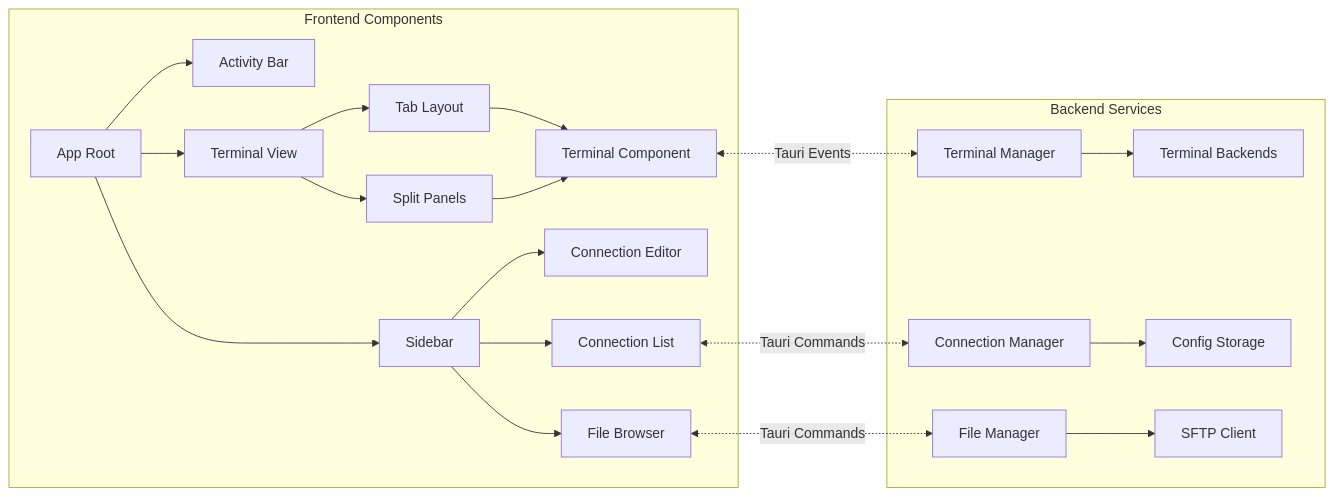
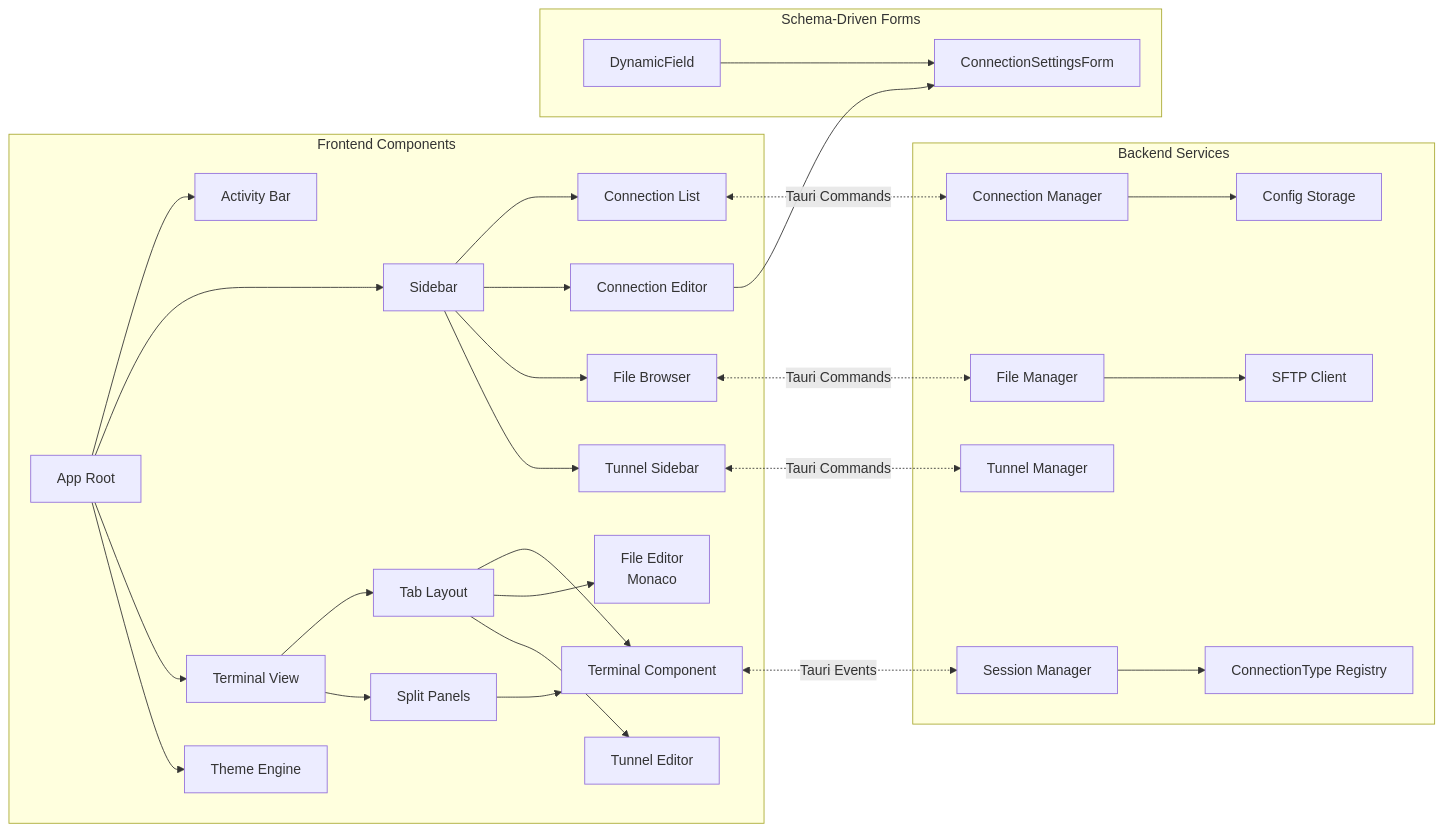
One commit to armaxri/termiHub changed the fourth of 23 diagrams in docs/architecture.md. Above: the diagram before and after it, drawn with Mermaid. The commit also changed other lines of this file and 1 other file, not shown here.

First line of the commit message:
docs: update architecture.md and README.md for recent major changes

````diff
--- a/docs/architecture.md
+++ b/docs/architecture.md
@@ -241,37 +263,50 @@
 ```mermaid
 graph LR
     subgraph "Frontend Components"
         APP[App Root]
         AB[Activity Bar]
         SB[Sidebar]
         TV[Terminal View]
 
         APP --> AB
         APP --> SB
         APP --> TV
+        APP --> THEME[Theme Engine]
 
         SB --> CL[Connection List]
         SB --> CE[Connection Editor]
         SB --> FB[File Browser]
+        SB --> TS[Tunnel Sidebar]
 
         TV --> TL[Tab Layout]
         TV --> SP[Split Panels]
 
         TL --> TERM[Terminal Component]
+        TL --> FE[File Editor<br/>Monaco]
+        TL --> TE[Tunnel Editor]
         SP --> TERM
     end
 
+    subgraph "Schema-Driven Forms"
+        DF[DynamicField]
+        CSF[ConnectionSettingsForm]
+        DF --> CSF
+    end
+
     subgraph "Backend Services"
-        TM[Terminal Manager]
+        SM[Session Manager]
         CM[Connection Manager]
         FM[File Manager]
+        TUN[Tunnel Manager]
 
-        TM --> BACKENDS[Terminal Backends]
+        SM --> REG[ConnectionType Registry]
         CM --> CONFIG[Config Storage]
         FM --> SFTP[SFTP Client]
     end
 
-    TERM <-.->|Tauri Events| TM
+    TERM <-.->|Tauri Events| SM
     CL <-.->|Tauri Commands| CM
     FB <-.->|Tauri Commands| FM
+    CE --> CSF
+    TS <-.->|Tauri Commands| TUN
 ```
````
